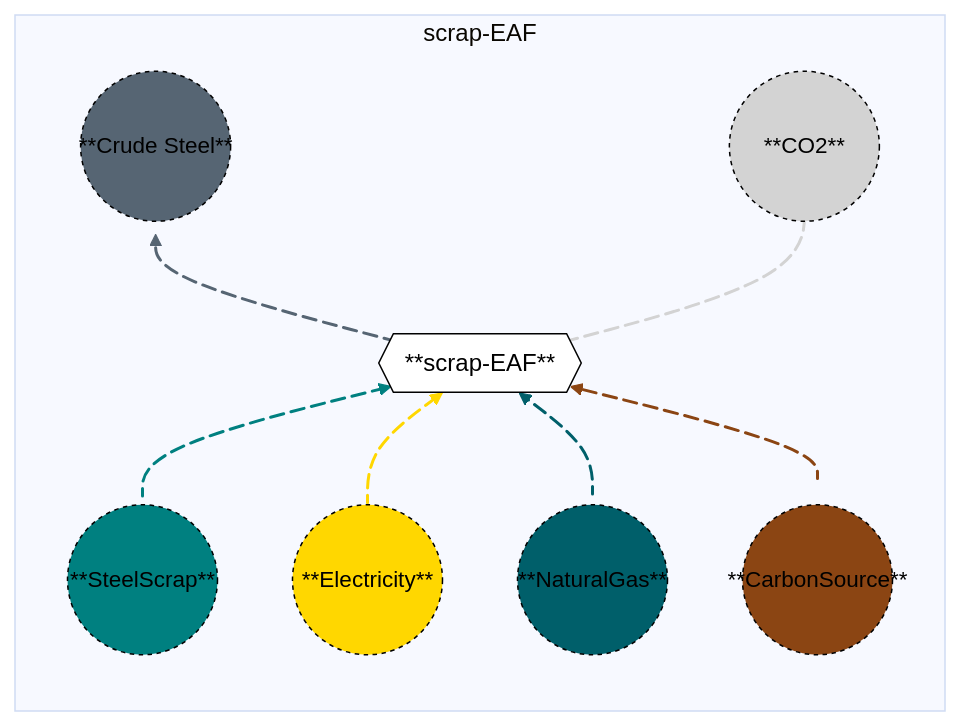
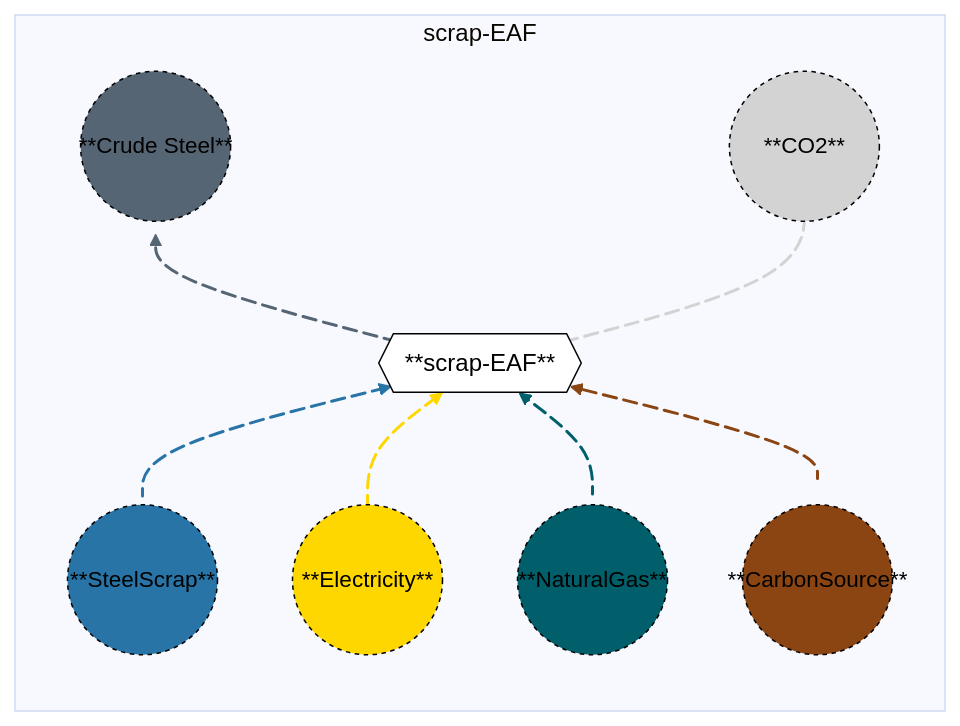
Before and after one commit to acheng1757/MacroEnergy-Abbie.jl: the diagram in docs/src/Manual/assets/standalonelectricarcfurance.md, drawn with Mermaid.

Commit message:
Change color styles in standalonelectricarcfurance.md

````diff
--- a/docs/src/Manual/assets/standalonelectricarcfurance.md
+++ b/docs/src/Manual/assets/standalonelectricarcfurance.md
@@ -25,36 +25,36 @@
 ```mermaid
 %%{init: {'theme': 'base', 'themeVariables': { 'background': '#D1EBDE' }}}%%
 flowchart BT
   subgraph scrap-EAF
   direction BT
     A1(("**SteelScrap**")) e1@-->B{{"**scrap-EAF**"}}
     A2(("**Electricity**")) e2@-->B{{"**scrap-EAF**"}}
     A3(("**NaturalGas**")) e3@-->B{{"**scrap-EAF**"}}
     A4(("**CarbonSource**")) e4@-->B{{"**scrap-EAF**"}}
     B{{"**scrap-EAF**"}} e5@-->C1(("**Crude Steel**"))
     B{{"**scrap-EAF**"}} e6@-->C2(("**CO2**"))
 
     e1@{ animate: true }
     e2@{ animate: true }
     e3@{ animate: true }
     e4@{ animate: true }
     e5@{ animate: true }
     e6@{ animate: true }
  end
-    style A1 font-size:15px,r:50px,fill:#008080,stroke:black,color:black,stroke-dasharray: 3,5;
+    style A1 font-size:15px,r:50px,fill:#2874A6,stroke:black,color:black,stroke-dasharray: 3,5;
     style A2 font-size:15px,r:50px,fill:#FFD700,stroke:black,color:black,stroke-dasharray: 3,5;
     style A3 font-size:15px,r:50px,fill:#005F6A,stroke:black,color:black,stroke-dasharray: 3,5;
     style A4 font-size:15px,r:50px,fill:#8B4513,stroke:black,color:black,stroke-dasharray: 3,5;
 
     style B fill:white,stroke:black,color:black;
     style C1 font-size:15px,r:50px,fill:#566573,stroke:black,color:black,stroke-dasharray: 3,5;
     style C2 font-size:15px,r:50px,fill:lightgray,stroke:black,color:black,stroke-dasharray: 3,5;
 
-    linkStyle 0 stroke:#008080, stroke-width: 2px;
+    linkStyle 0 stroke:#2874A6, stroke-width: 2px;
     linkStyle 1 stroke:#FFD700, stroke-width: 2px;
     linkStyle 2 stroke:#005F6A, stroke-width: 2px;
     linkStyle 3 stroke:#8B4513, stroke-width: 2px;
     linkStyle 4 stroke:#566573, stroke-width: 2px;
     linkStyle 5 stroke:lightgray, stroke-width: 2px
 
 ```
````
